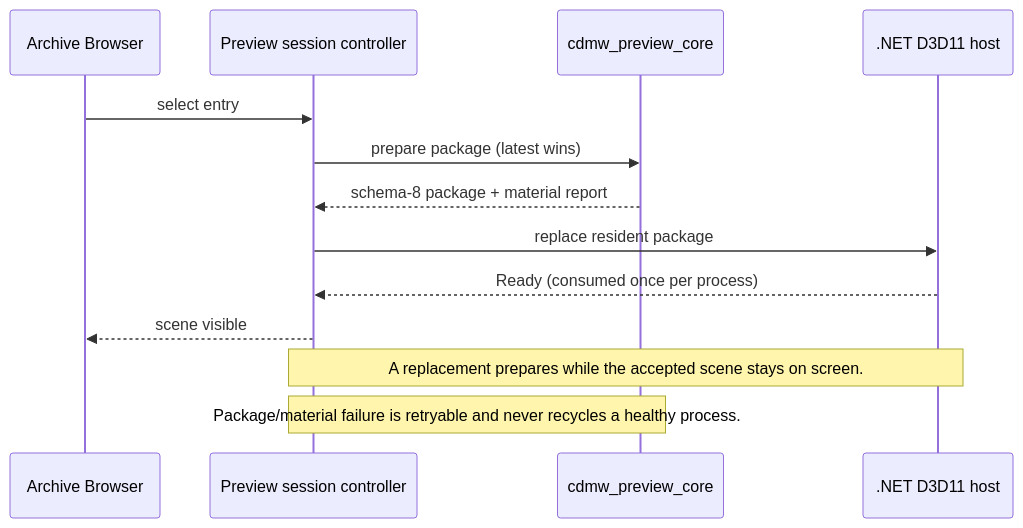
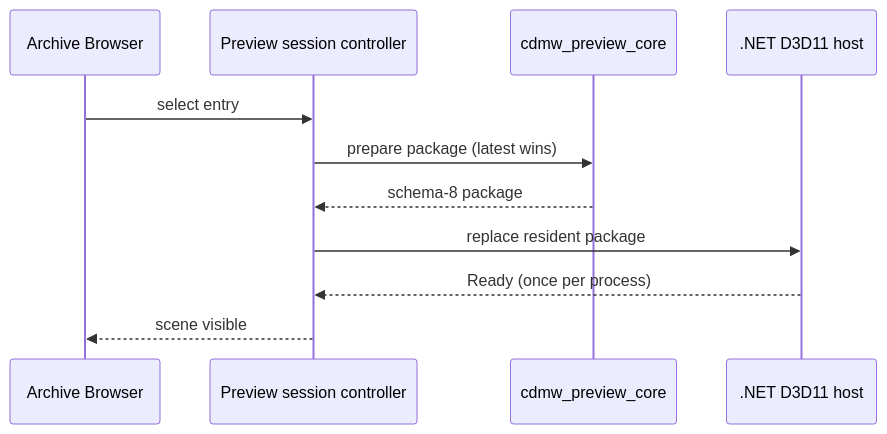
Before and after one commit to Ratty123/CDMW-Full: the third of 4 diagrams in README.md, drawn with Mermaid. The commit also changed other lines of this file and 1 other file, not shown here.

First line of the commit message:
Make the README diagrams readable, and drop the em dashes

````diff
--- a/README.md
+++ b/README.md
@@ -256,17 +259,14 @@
 ```mermaid
 sequenceDiagram
     participant UI as Archive Browser
     participant SESS as Preview session controller
     participant PREV as cdmw_preview_core
     participant NET as .NET D3D11 host
 
     UI->>SESS: select entry
     SESS->>PREV: prepare package (latest wins)
-    PREV-->>SESS: schema-8 package + material report
+    PREV-->>SESS: schema-8 package
     SESS->>NET: replace resident package
-    NET-->>SESS: Ready (consumed once per process)
+    NET-->>SESS: Ready (once per process)
     SESS-->>UI: scene visible
-
-    Note over SESS,NET: A replacement prepares while the accepted scene stays on screen.
-    Note over SESS,PREV: Package/material failure is retryable and never recycles a healthy process.
 ```
````
